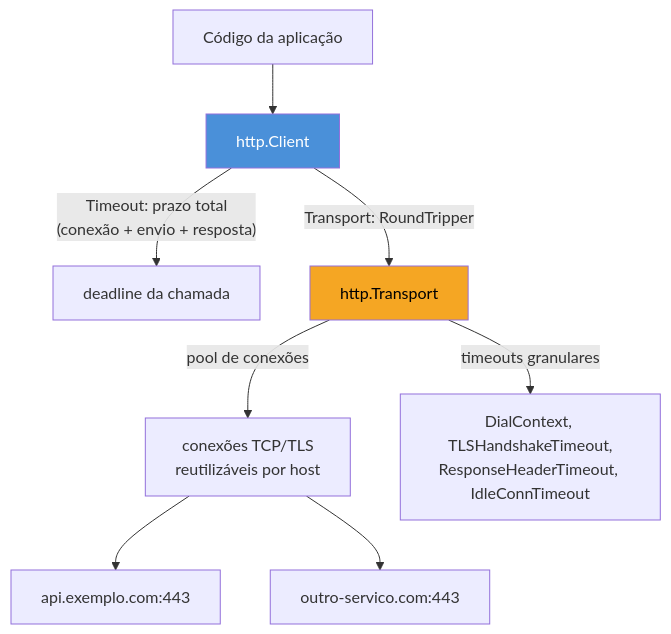
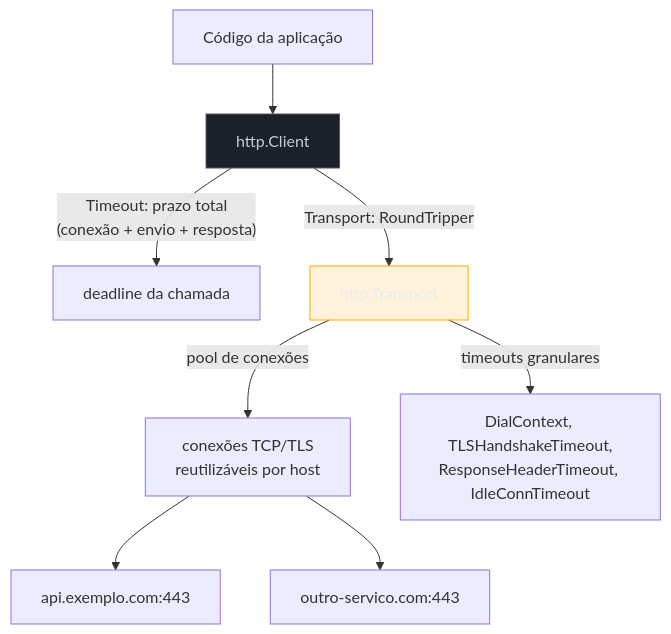
The first of 3 diagrams in 03-Dominios/Tecnologia/Go/10 - HTTP e frameworks web/07 - Clientes HTTP.md (josenaldo/codex-technomanticus), drawn with Mermaid before and after one commit. The commit also changed other lines of this file and 1181 other files, not shown here.

First line of the commit message:
fix(diagramas): paleta do sistema no lugar de cor cravada no markdown

````diff
--- a/03-Dominios/Tecnologia/Go/10 - HTTP e frameworks web/07 - Clientes HTTP.md
+++ b/03-Dominios/Tecnologia/Go/10 - HTTP e frameworks web/07 - Clientes HTTP.md
@@ -55,13 +55,15 @@
 ```mermaid
 flowchart TB
+    classDef neutro fill:#1B2029,stroke:#4E5666,color:#C6CCD8
+    classDef destaque fill:#FFAA0024,stroke:#FFAA00,color:#E9ECF2
     App["Código da aplicação"] --> Client["http.Client"]
     Client -->|"Timeout: prazo total\n(conexão + envio + resposta)"| Deadline["deadline da chamada"]
     Client -->|"Transport: RoundTripper"| Transport["http.Transport"]
     Transport -->|"pool de conexões"| Pool["conexões TCP/TLS\nreutilizáveis por host"]
     Transport -->|"timeouts granulares"| Fine["DialContext, TLSHandshakeTimeout,\nResponseHeaderTimeout, IdleConnTimeout"]
     Pool --> Host1["api.exemplo.com:443"]
     Pool --> Host2["outro-servico.com:443"]
 
-    style Client fill:#4A90D9,color:#fff
-    style Transport fill:#F5A623,color:#000
+    class Client neutro
+    class Transport destaque
 ```
````
